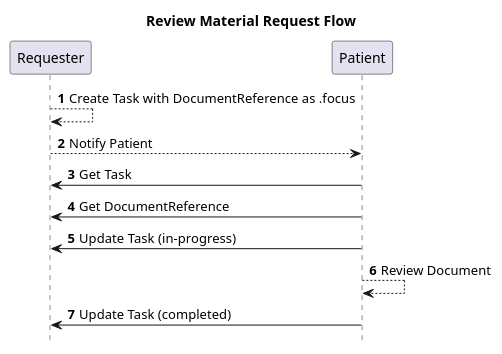
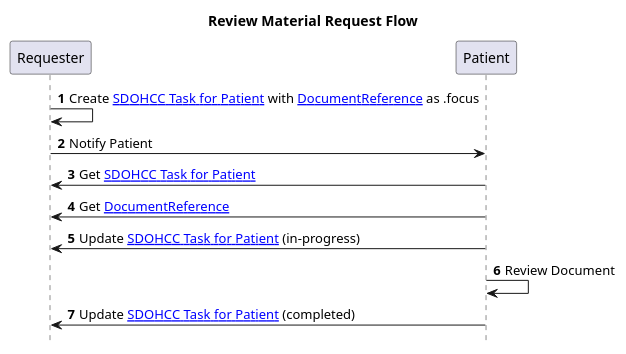
Before and after one commit to HL7/fhir-sdoh-clinicalcare: the diagram in input/images-source/ReviewMaterialRequest.plantuml, drawn with PlantUML. The commit also changed 21 other files, not shown here.

Commit message:
Additional Diagram updates

```diff
--- a/input/images-source/ReviewMaterialRequest.plantuml
+++ b/input/images-source/ReviewMaterialRequest.plantuml
@@ -1,17 +1,17 @@
 @startuml
 /'!theme bluegray'/
 title Review Material Request Flow
 participant "Requester" as A
 participant "Patient" as B
 
 autonumber
-A --> A : Create Task with DocumentReference as .focus
-A --> B : Notify Patient
-A <- B : Get Task
-A <- B : Get DocumentReference
-A <- B : Update Task (in-progress)
-B --> B : Review Document
-A <- B : Update Task (completed)
+A -> A : Create [[StructureDefinition-SDOHCC-TaskForPatient.html SDOHCC Task for Patient]] with [[https://hl7.org/fhir/R4/documentreference.html DocumentReference]] as .focus
+A -> B : Notify Patient
+A <- B : Get [[StructureDefinition-SDOHCC-TaskForPatient.html SDOHCC Task for Patient]]
+A <- B : Get [[https://hl7.org/fhir/R4/documentreference.html DocumentReference]]
+A <- B : Update [[StructureDefinition-SDOHCC-TaskForPatient.html SDOHCC Task for Patient]] (in-progress)
+B -> B : Review Document
+A <- B : Update [[StructureDefinition-SDOHCC-TaskForPatient.html SDOHCC Task for Patient]] (completed)
 hide footbox
 
 @enduml
```
